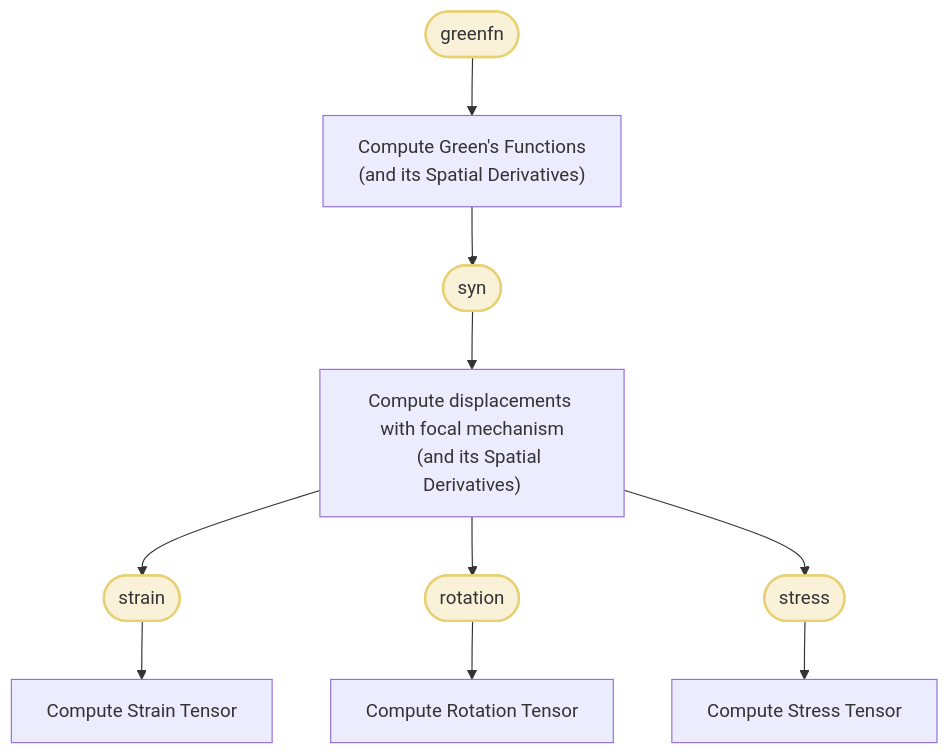
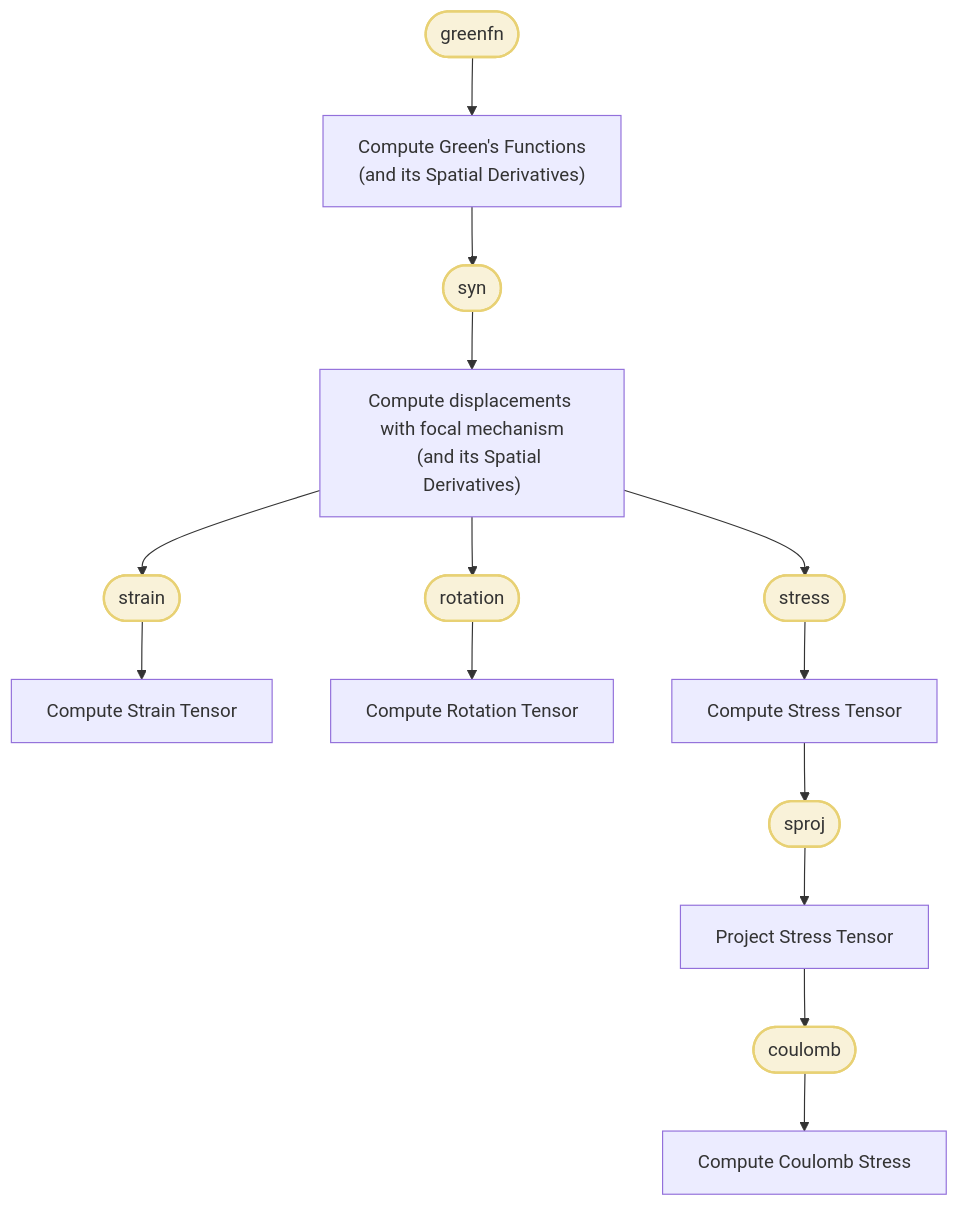
Before and after one commit to Dengda98/PyGRT: the second of 2 diagrams in docs/source/Tutorial/dynamic/index.rst, drawn with Mermaid. The commit also changed other lines of this file and 21 other files, not shown here.

First line of the commit message:
FEAT: add dynamic stress projection and Coulomb stress postprocessing (#399)

```diff
--- a/docs/source/Tutorial/dynamic/index.rst
+++ b/docs/source/Tutorial/dynamic/index.rst
@@ -40,26 +46,32 @@
 .. mermaid::
 
     flowchart TB 
 
         GG(["greenfn"])
         SS(["syn"])
         EE(["strain"])
         RR(["rotation"])
         TT(["stress"])
+        SP(["sproj"])
+        CO(["coulomb"])
 
         G["Compute Green's Functions
         (and its Spatial Derivatives)"]
         S["Compute displacements with focal mechanism
         (and its Spatial Derivatives)"]
         E["Compute Strain Tensor"]
         R["Compute Rotation Tensor"]
         T["Compute Stress Tensor"]
+        P["Project Stress Tensor"]
+        C["Compute Coulomb Stress"]
 
         GG --> G
         G --> SS --> S
         S --> EE --> E
         S --> RR --> R
         S --> TT --> T
+        T --> SP --> P
+        P --> CO --> C
         
         classDef cmdcls fill:#f9f2d9,stroke:#e8d174,stroke-width:2px,color:#333;
-        class GG,SS,EE,RR,TT cmdcls
+        class GG,SS,EE,RR,TT,SP,CO cmdcls
```
